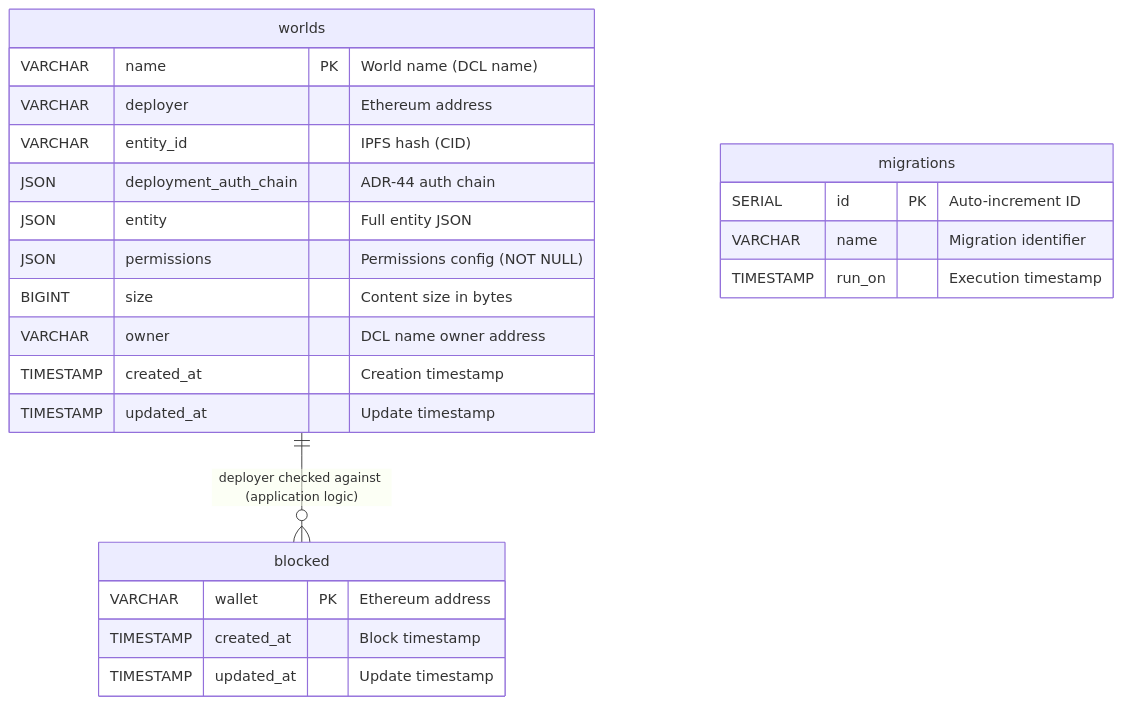
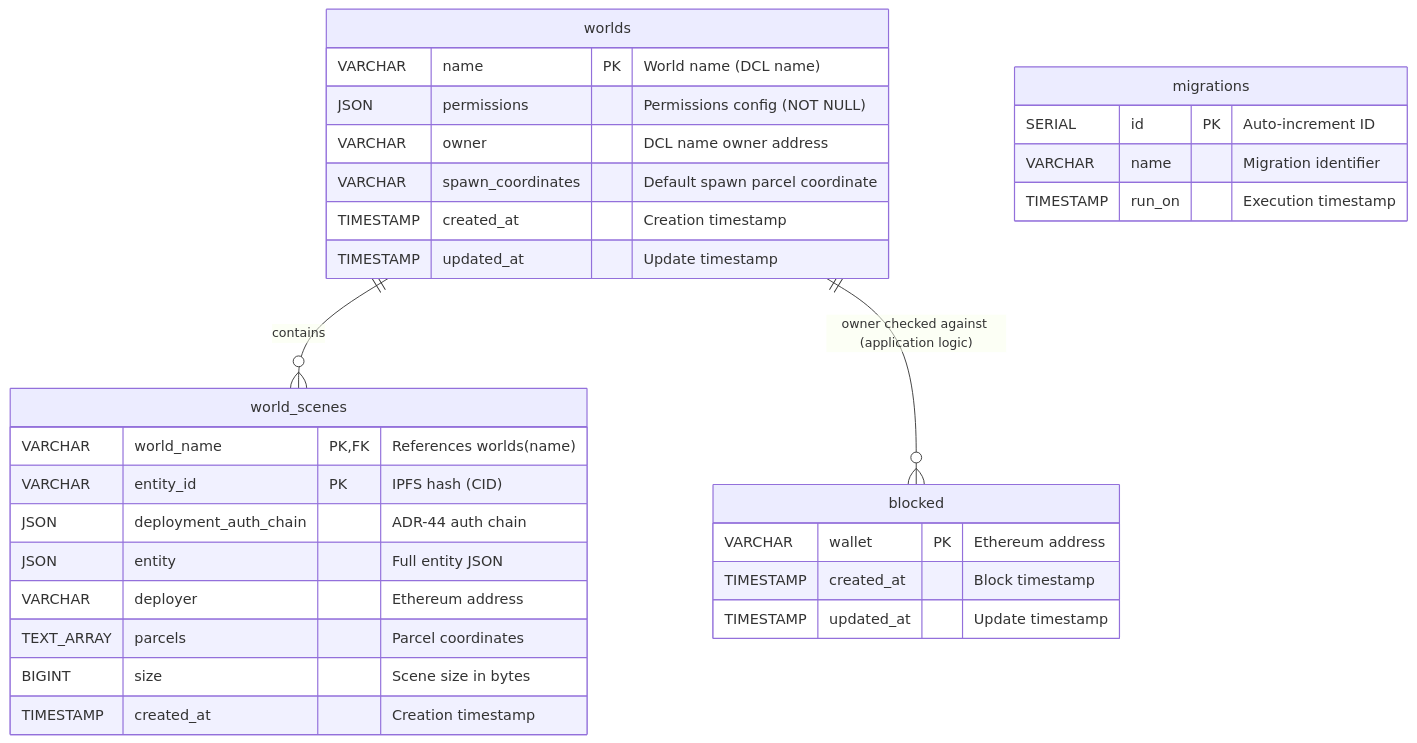
The diagram in docs/database-schema.md (decentraland/worlds-content-server), drawn with Mermaid before and after one commit. The commit also changed other lines of this file and 60 other files, not shown here.

Commit message:
feat: Initial multi scene world deployments (#415)

````diff
--- a/docs/database-schema.md
+++ b/docs/database-schema.md
@@ -16,29 +18,37 @@
 ```mermaid
 erDiagram
     worlds {
         VARCHAR name PK "World name (DCL name)"
-        VARCHAR deployer "Ethereum address"
-        VARCHAR entity_id "IPFS hash (CID)"
-        JSON deployment_auth_chain "ADR-44 auth chain"
-        JSON entity "Full entity JSON"
         JSON permissions "Permissions config (NOT NULL)"
-        BIGINT size "Content size in bytes"
         VARCHAR owner "DCL name owner address"
+        VARCHAR spawn_coordinates "Default spawn parcel coordinate"
         TIMESTAMP created_at "Creation timestamp"
         TIMESTAMP updated_at "Update timestamp"
     }
-    
+
+    world_scenes {
+        VARCHAR world_name PK,FK "References worlds(name)"
+        VARCHAR entity_id PK "IPFS hash (CID)"
+        JSON deployment_auth_chain "ADR-44 auth chain"
+        JSON entity "Full entity JSON"
+        VARCHAR deployer "Ethereum address"
+        TEXT_ARRAY parcels "Parcel coordinates"
+        BIGINT size "Scene size in bytes"
+        TIMESTAMP created_at "Creation timestamp"
+    }
+
     blocked {
         VARCHAR wallet PK "Ethereum address"
         TIMESTAMP created_at "Block timestamp"
         TIMESTAMP updated_at "Update timestamp"
     }
-    
+
     migrations {
         SERIAL id PK "Auto-increment ID"
         VARCHAR name "Migration identifier"
         TIMESTAMP run_on "Execution timestamp"
     }
-    
-    worlds ||--o{ blocked : "deployer checked against (application logic)"
+
+    worlds ||--o{ world_scenes : "contains"
+    worlds ||--o{ blocked : "owner checked against (application logic)"
 ```
````
